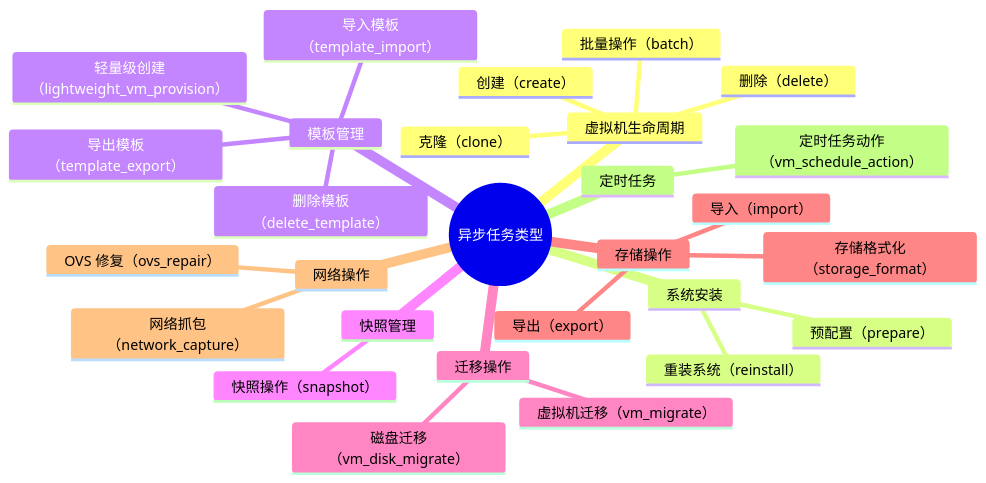
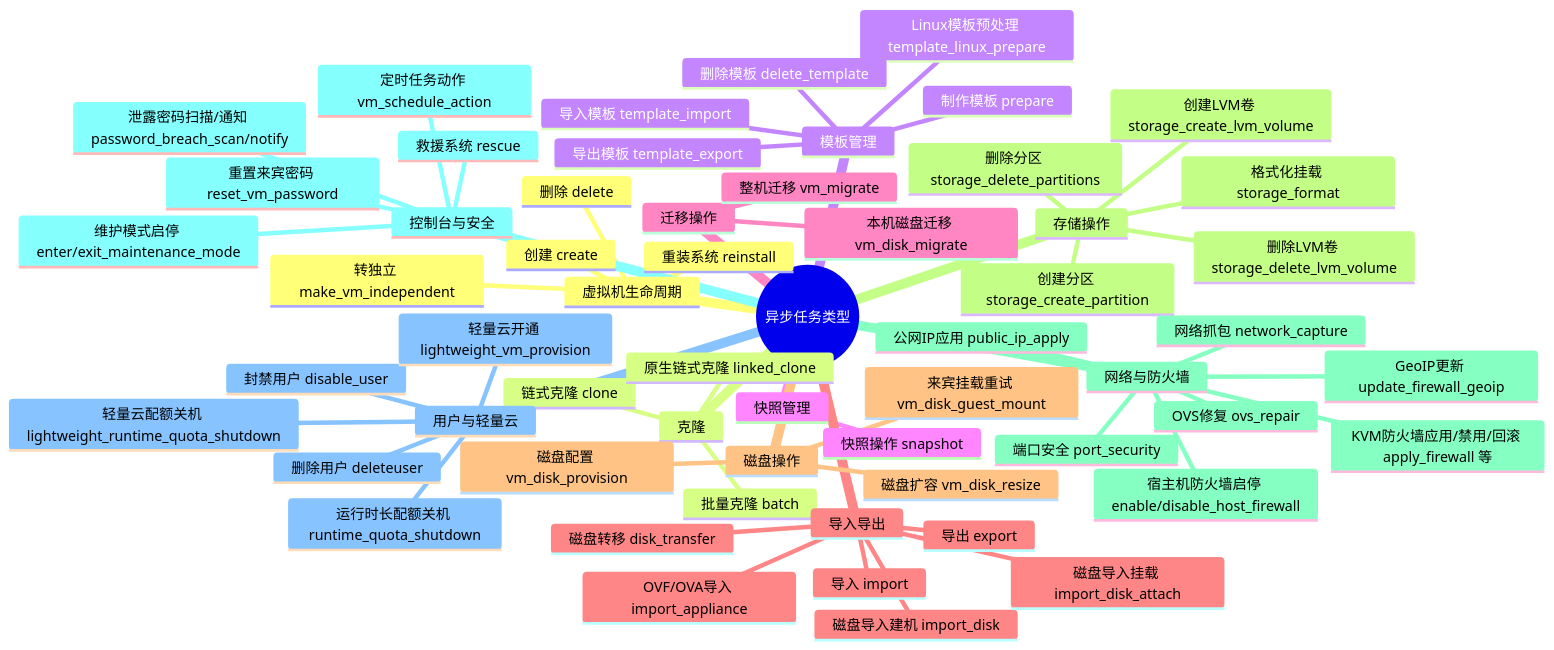
The sixth of 11 diagrams in docs/scheduler/scheduler-events.mdx (QVMConsole/docs), drawn with Mermaid before and after one commit. The commit also changed other lines of this file and 37 other files, not shown here.

````diff
--- a/docs/scheduler/scheduler-events.mdx
+++ b/docs/scheduler/scheduler-events.mdx
@@ -256,31 +256,61 @@
 ```mermaid
 mindmap
   root((异步任务类型))
     虚拟机生命周期
-      创建（create）
-      删除（delete）
-      克隆（clone）
-      批量操作（batch）
-    系统安装
-      重装系统（reinstall）
-      预配置（prepare）
+      创建 create
+      删除 delete
+      重装系统 reinstall
+      转独立 make_vm_independent
+    克隆
+      链式克隆 clone
+      原生链式克隆 linked_clone
+      批量克隆 batch
     模板管理
-      导出模板（template_export）
-      导入模板（template_import）
-      删除模板（delete_template）
-      轻量级创建（lightweight_vm_provision）
+      制作模板 prepare
+      导出模板 template_export
+      导入模板 template_import
+      Linux模板预处理 template_linux_prepare
+      删除模板 delete_template
     快照管理
-      快照操作（snapshot）
+      快照操作 snapshot
     迁移操作
-      虚拟机迁移（vm_migrate）
-      磁盘迁移（vm_disk_migrate）
+      整机迁移 vm_migrate
+      本机磁盘迁移 vm_disk_migrate
+    导入导出
+      导出 export
+      导入 import
+      OVF/OVA导入 import_appliance
+      磁盘导入建机 import_disk
+      磁盘导入挂载 import_disk_attach
+      磁盘转移 disk_transfer
+    磁盘操作
+      磁盘扩容 vm_disk_resize
+      磁盘配置 vm_disk_provision
+      来宾挂载重试 vm_disk_guest_mount
     存储操作
-      导出（export）
-      导入（import）
-      存储格式化（storage_format）
-    网络操作
-      OVS 修复（ovs_repair）
-      网络抓包（network_capture）
-    定时任务
-      定时任务动作（vm_schedule_action）
+      格式化挂载 storage_format
+      创建分区 storage_create_partition
+      删除分区 storage_delete_partitions
+      创建LVM卷 storage_create_lvm_volume
+      删除LVM卷 storage_delete_lvm_volume
+    网络与防火墙
+      KVM防火墙应用/禁用/回滚 apply_firewall 等
+      GeoIP更新 update_firewall_geoip
+      宿主机防火墙启停 enable/disable_host_firewall
+      OVS修复 ovs_repair
+      端口安全 port_security
+      公网IP应用 public_ip_apply
+      网络抓包 network_capture
+    控制台与安全
+      救援系统 rescue
+      重置来宾密码 reset_vm_password
+      定时任务动作 vm_schedule_action
+      泄露密码扫描/通知 password_breach_scan/notify
+      维护模式启停 enter/exit_maintenance_mode
+    用户与轻量云
+      删除用户 deleteuser
+      封禁用户 disable_user
+      运行时长配额关机 runtime_quota_shutdown
+      轻量云配额关机 lightweight_runtime_quota_shutdown
+      轻量云开通 lightweight_vm_provision
 ```
````
